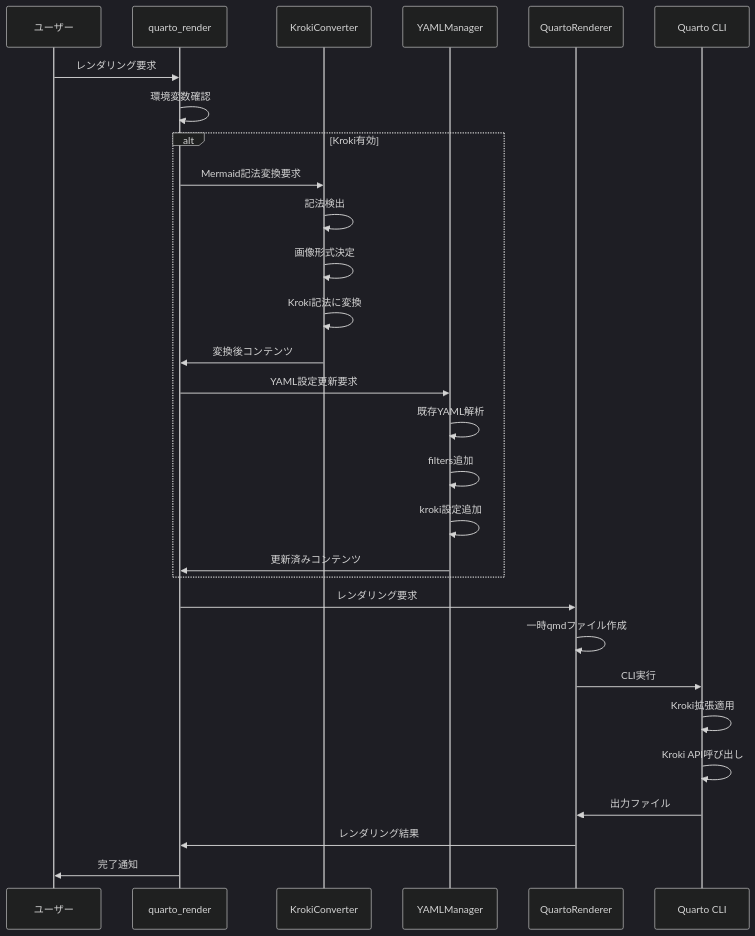
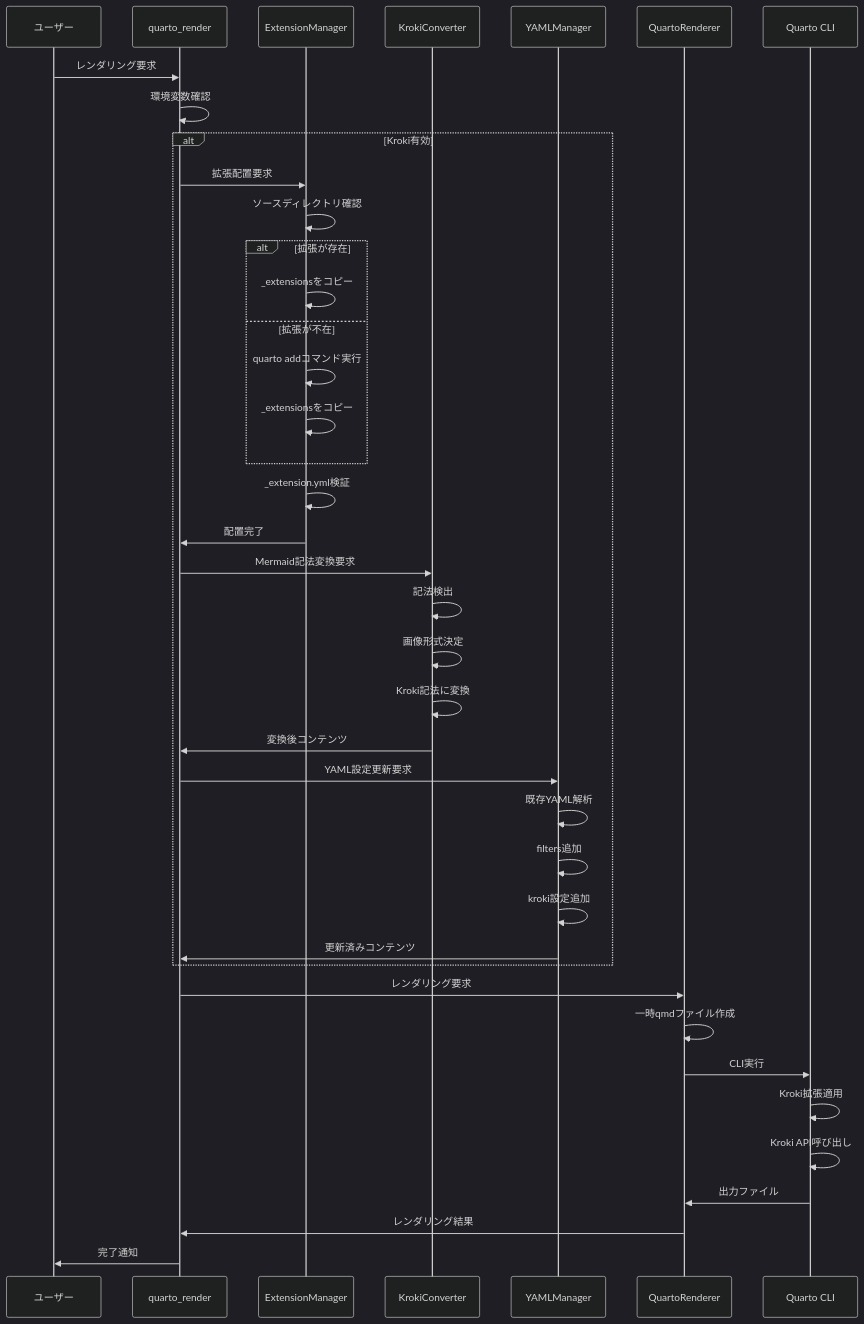
The second of 5 diagrams in docs/KROKI_INTEGRATION.md (notfolder/quarto_mcp), drawn with Mermaid (dark theme) before and after one commit. The commit also changed other lines of this file and 4 other files, not shown here.

First line of the commit message:
feat: Implement ExtensionManager for managing quarto-kroki extensions

````diff
--- a/docs/KROKI_INTEGRATION.md
+++ b/docs/KROKI_INTEGRATION.md
@@ -274,35 +343,49 @@
 ```mermaid
 sequenceDiagram
     participant User as ユーザー
     participant Tool as quarto_render
+    participant ExtMgr as ExtensionManager
     participant Conv as KrokiConverter
     participant YAML as YAMLManager
     participant Render as QuartoRenderer
     participant Quarto as Quarto CLI
     
     User->>Tool: レンダリング要求
     Tool->>Tool: 環境変数確認
     
     alt Kroki有効
+        Tool->>ExtMgr: 拡張配置要求
+        ExtMgr->>ExtMgr: ソースディレクトリ確認
+        
+        alt 拡張が存在
+            ExtMgr->>ExtMgr: _extensionsをコピー
+        else 拡張が不在
+            ExtMgr->>ExtMgr: quarto addコマンド実行
+            ExtMgr->>ExtMgr: _extensionsをコピー
+        end
+        
+        ExtMgr->>ExtMgr: _extension.yml検証
+        ExtMgr->>Tool: 配置完了
+        
         Tool->>Conv: Mermaid記法変換要求
         Conv->>Conv: 記法検出
         Conv->>Conv: 画像形式決定
         Conv->>Conv: Kroki記法に変換
         Conv->>Tool: 変換後コンテンツ
         
         Tool->>YAML: YAML設定更新要求
         YAML->>YAML: 既存YAML解析
         YAML->>YAML: filters追加
         YAML->>YAML: kroki設定追加
         YAML->>Tool: 更新済みコンテンツ
     end
     
     Tool->>Render: レンダリング要求
     Render->>Render: 一時qmdファイル作成
     Render->>Quarto: CLI実行
     Quarto->>Quarto: Kroki拡張適用
     Quarto->>Quarto: Kroki API呼び出し
     Quarto->>Render: 出力ファイル
     Render->>Tool: レンダリング結果
     Tool->>User: 完了通知
 ```
````
